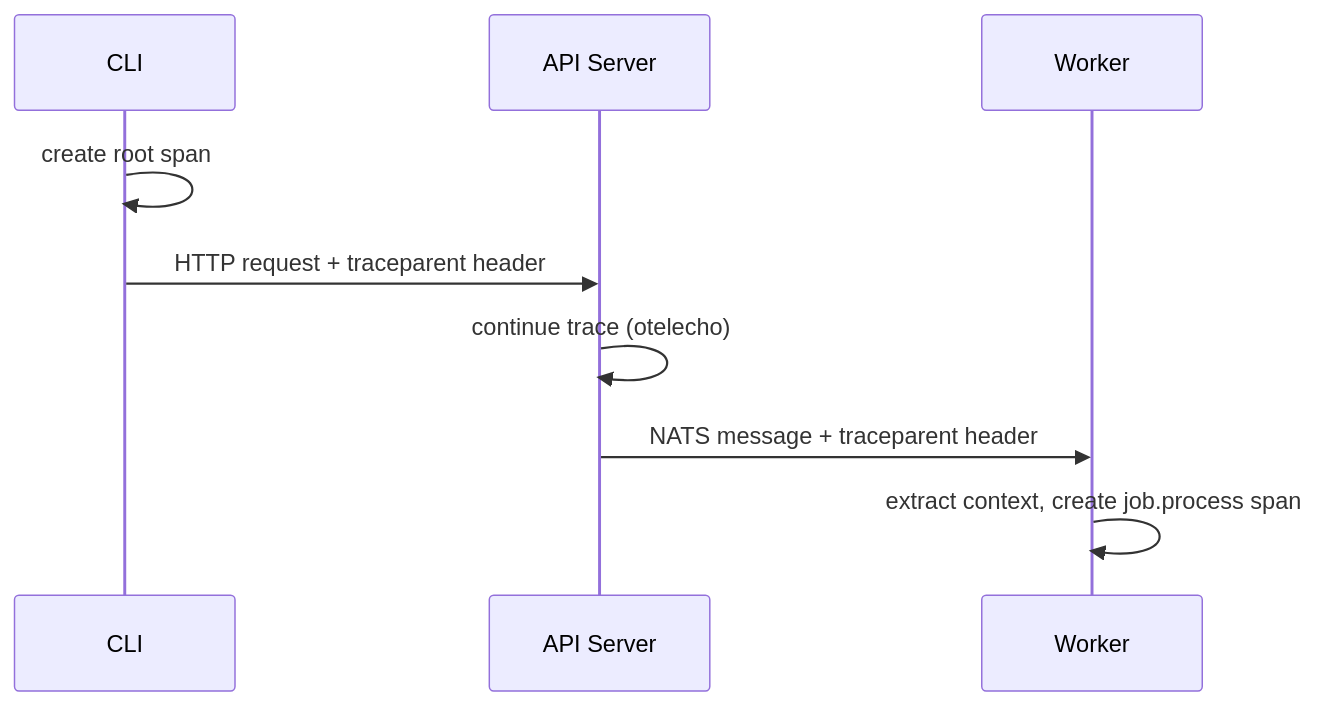
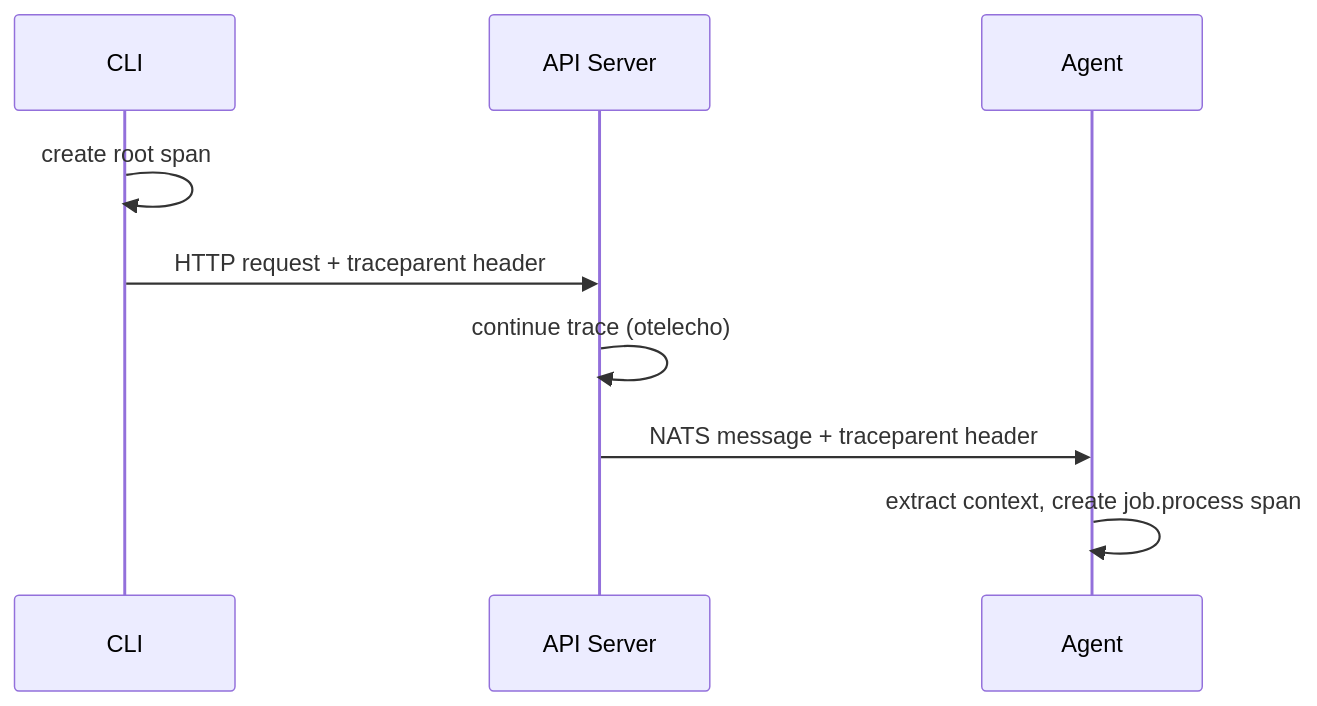
One commit to osapi-io/osapi changed the diagram in docs/docs/sidebar/features/distributed-tracing.md. Above: the diagram before and after it, drawn with Mermaid. The commit also changed other lines of this file and 355 other files, not shown here.

````diff
--- a/docs/docs/sidebar/features/distributed-tracing.md
+++ b/docs/docs/sidebar/features/distributed-tracing.md
@@ -14,12 +14,12 @@
 ```mermaid
 sequenceDiagram
     participant CLI
     participant API as API Server
-    participant Worker
+    participant Agent
 
     CLI->>CLI: create root span
     CLI->>API: HTTP request + traceparent header
     API->>API: continue trace (otelecho)
-    API->>Worker: NATS message + traceparent header
-    Worker->>Worker: extract context, create job.process span
+    API->>Agent: NATS message + traceparent header
+    Agent->>Agent: extract context, create job.process span
 ```
````
